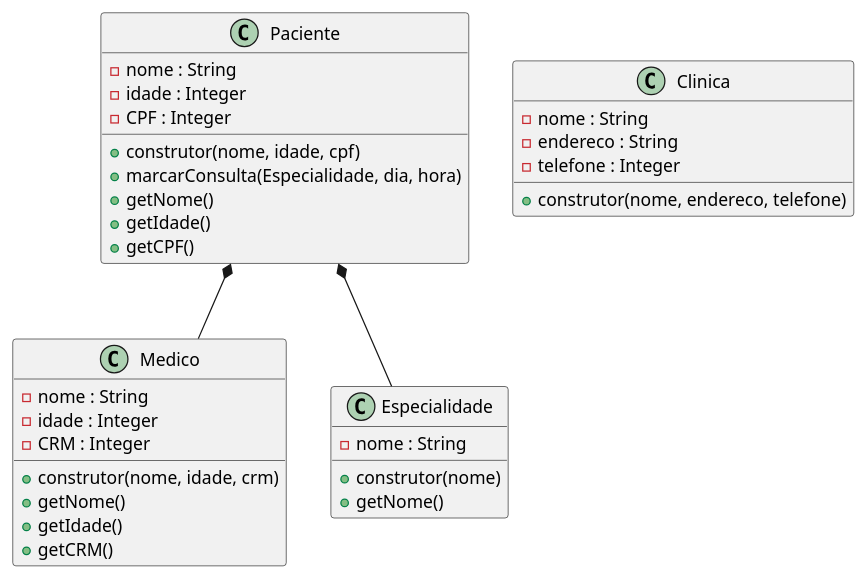
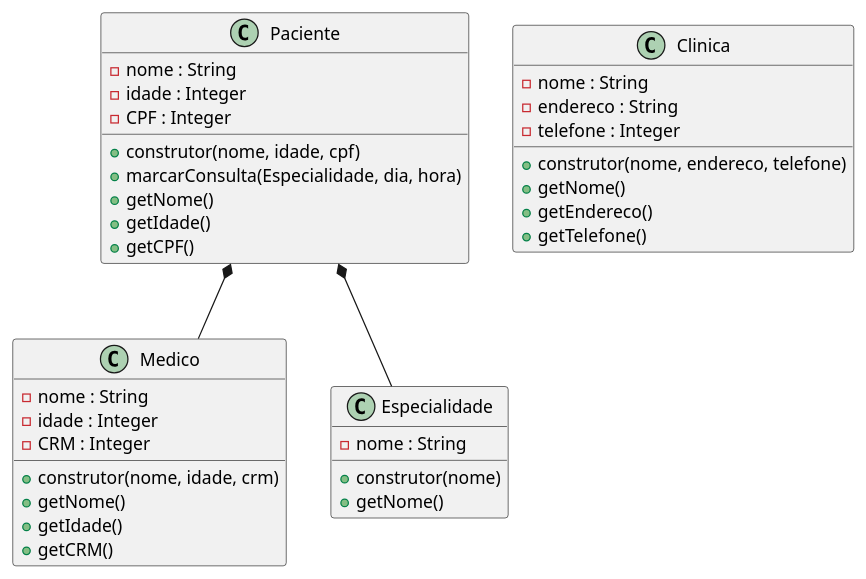
Before and after one commit to anleaes/2022-1-N2-POO-03: the diagram in diagrama.plantuml, drawn with PlantUML.

Commit message:
inserido gets para os atributos

```diff
--- a/diagrama.plantuml
+++ b/diagrama.plantuml
@@ -1,40 +1,43 @@
 @startuml Gerenciamento de Exames Medicos
 
     class Paciente{
         - nome : String
         - idade : Integer
         - CPF : Integer
         + construtor(nome, idade, cpf)
         + marcarConsulta(Especialidade, dia, hora)
         + getNome()
         + getIdade()
         + getCPF()
     }
 
     class Medico{
         - nome : String
         - idade : Integer
         - CRM : Integer
         + construtor(nome, idade, crm)
         + getNome()
         + getIdade()
         + getCRM()
     }
 
     class Especialidade{
         - nome : String
         + construtor(nome)
         + getNome()
     }
 
     class Clinica{
         - nome : String
         - endereco : String
         - telefone : Integer
         + construtor(nome, endereco, telefone)
+        + getNome()
+        + getEndereco()
+        + getTelefone()
     }
 
     Paciente *-- Medico
     Paciente *-- Especialidade
 
 @enduml
```
